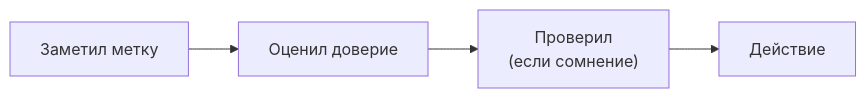
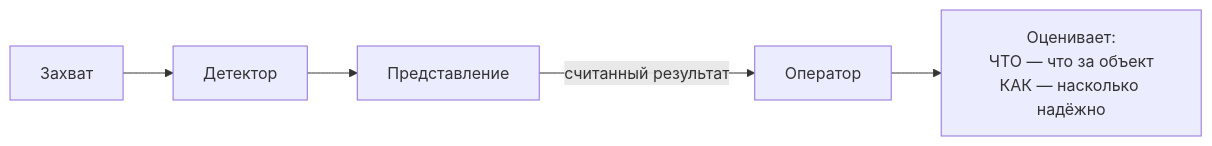
Before and after one commit to RedAlexDad/WalkingRobotSim: the third of 4 diagrams in docs/ergonomics-methodology/recognition-objects/kr-plan-goryachkin.md, drawn with Mermaid. The commit also changed other lines of this file and 4 other files, not shown here.

````diff
--- a/docs/ergonomics-methodology/recognition-objects/kr-plan-goryachkin.md
+++ b/docs/ergonomics-methodology/recognition-objects/kr-plan-goryachkin.md
@@ -106,4 +100,6 @@
 ```mermaid
 graph LR
-    A["Заметил метку"] --> B["Оценил доверие"] --> C["Проверил<br/>(если сомнение)"] --> D["Действие"]
+    A["Захват"] --> B["Детектор"] --> C["Представление"]
+    C -->|считанный результат| O["Оператор"]
+    O --> E["Оценивает:<br/>ЧТО — что за объект<br/>КАК — насколько надёжно"]
 ```
````
